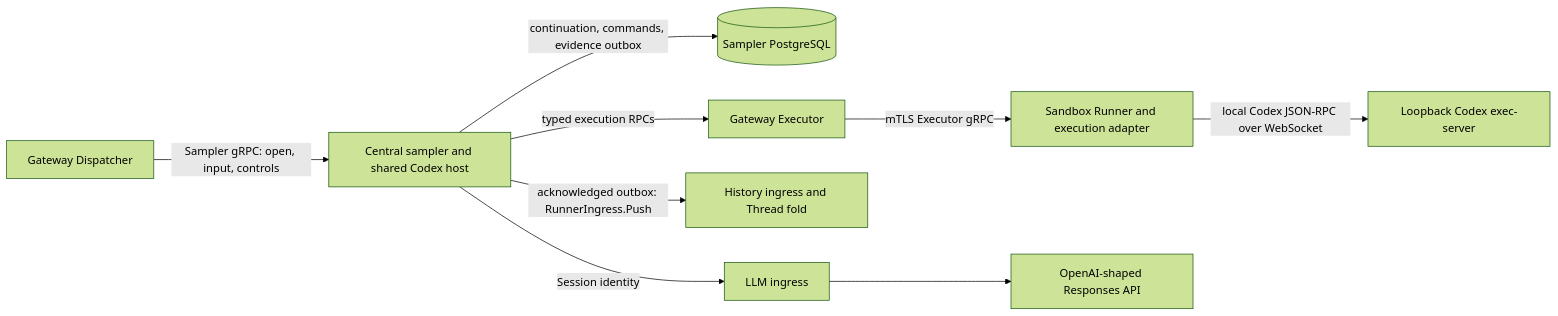
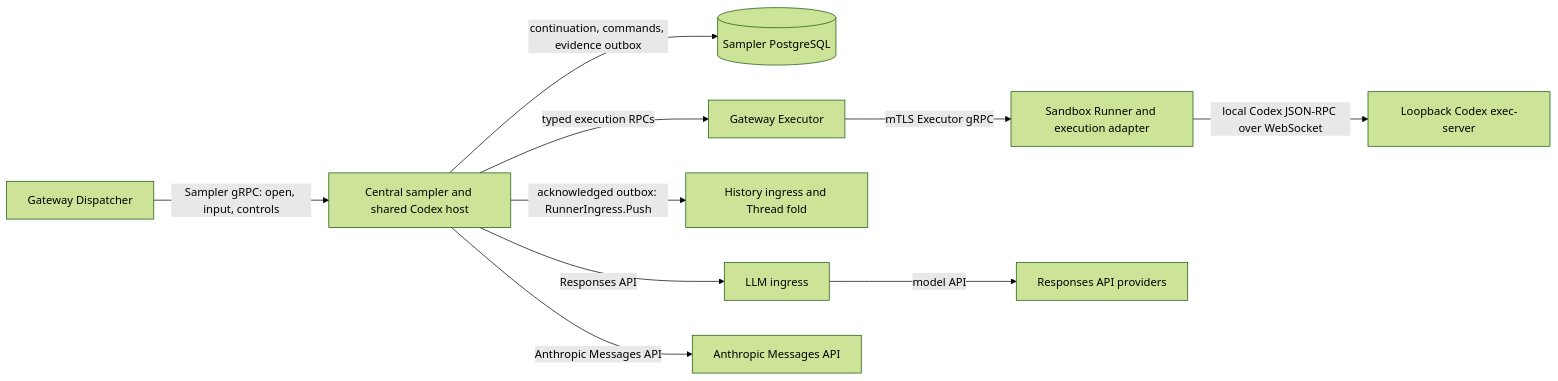
One commit to agentydragon/ducktape changed the second of 8 diagrams in agentplane/docs/system_overview.md. Above: the diagram before and after it, drawn with Mermaid (forest theme). The commit also changed other lines of this file and 48 other files, not shown here.

Commit message:
feat(agentplane): sample native Anthropic Messages with durable compaction

````diff
--- a/agentplane/docs/system_overview.md
+++ b/agentplane/docs/system_overview.md
@@ -34,19 +35,21 @@
 ```mermaid
 flowchart LR
     dispatcher[Gateway Dispatcher]
     sampler[Central sampler and shared Codex host]
     db[(Sampler PostgreSQL)]
     gateway[Gateway Executor]
     runner[Sandbox Runner and execution adapter]
     executor[Loopback Codex exec-server]
     history[History ingress and Thread fold]
     llm[LLM ingress]
-    provider[OpenAI-shaped Responses API]
+    responses[Responses API providers]
+    anthropic[Anthropic Messages API]
     dispatcher -->|Sampler gRPC: open, input, controls| sampler
     sampler -->|continuation, commands, evidence outbox| db
     sampler -->|typed execution RPCs| gateway
     gateway -->|mTLS Executor gRPC| runner
     runner -->|local Codex JSON-RPC over WebSocket| executor
     sampler -->|acknowledged outbox: RunnerIngress.Push| history
-    sampler -->|Session identity| llm --> provider
+    sampler -->|Responses API| llm -->|model API| responses
+    sampler -->|Anthropic Messages API| anthropic
 ```
````
